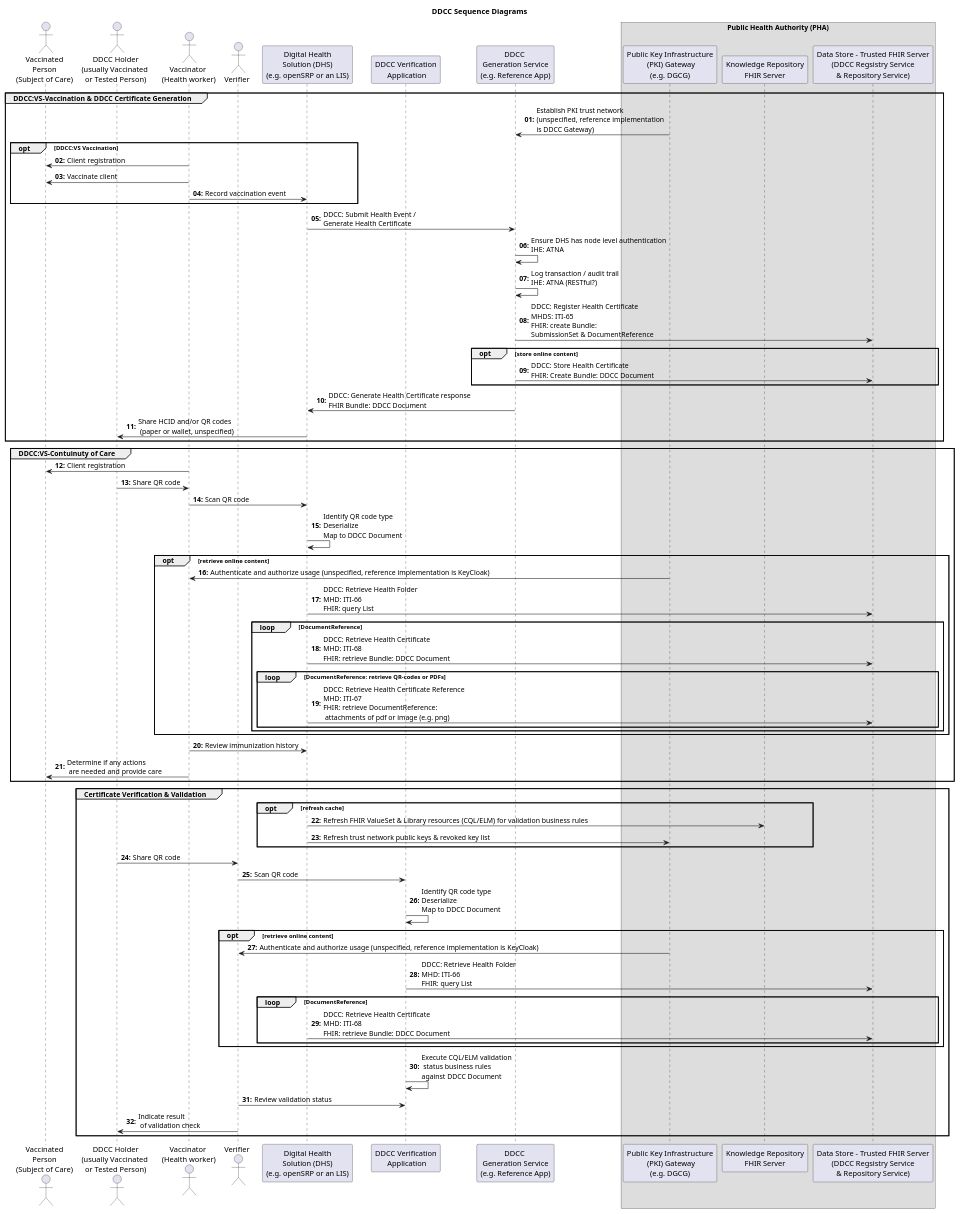
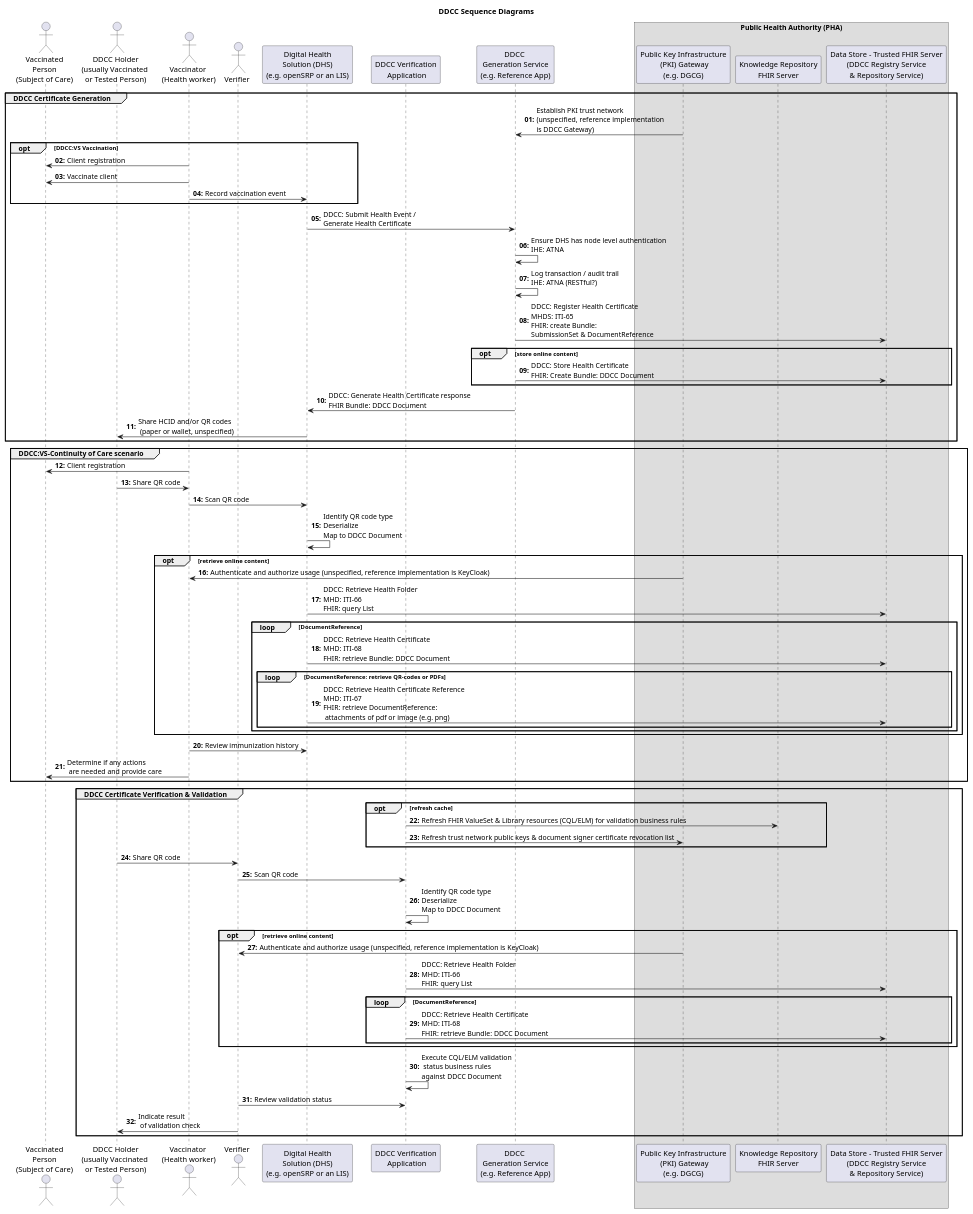
The diagram in input/images-source/workflows.plantuml (WorldHealthOrganization/ddcc), drawn with PlantUML before and after one commit.

Commit message:
Update workflows.plantuml
Copy editing and updated headings. Updated more verification app references and reference to DSC revoked list.

```diff
--- a/input/images-source/workflows.plantuml
+++ b/input/images-source/workflows.plantuml
@@ -1,96 +1,96 @@
 @startuml
 skinparam svgDimensionStyle false
 
 title DDCC Sequence Diagrams
 
 
 
 actor "Vaccinated\nPerson\n(Subject of Care)" as VP
 actor "DDCC Holder\n(usually Vaccinated \nor Tested Person)" as DH
 actor "Vaccinator\n (Health worker)" as HW
 actor "Verifier" as VER
 participant "Digital Health\nSolution (DHS)\n(e.g. openSRP or an LIS)" as DHS
 participant "DDCC Verification\n Application" as VAP
 participant "DDCC \nGeneration Service\n(e.g. Reference App)" as CGS
 
 box "Public Health Authority (PHA)"
 
    participant "Public Key Infrastructure\n (PKI) Gateway\n(e.g. DGCG)" as GATE
    participant "Knowledge Repository\nFHIR Server" as KM
-   participant "Data Store - Trusted FHIR Server\n(DDCC Regsistry Service\n& Repository Service)"  as SHR
+   participant "Data Store - Trusted FHIR Server\n(DDCC Registry Service\n& Repository Service)"  as SHR
 end box
 
 autonumber "<b>00:</b>"
 
-group DDCC:VS-Vaccination & DDCC Certificate Generation
+group DDCC Certificate Generation
     GATE->CGS: Establish PKI trust network\n(unspecified, reference implementation\nis DDCC Gateway)
     
     opt DDCC:VS Vaccination 
    	 HW->VP: Client registration
    	 HW->VP: Vaccinate client
     	HW->DHS: Record vaccination event
     end
     
     DHS->CGS: DDCC: Submit Health Event /\nGenerate Health Certificate
 
     CGS->CGS: Ensure DHS has node level authentication\nIHE: ATNA
     CGS->CGS: Log transaction / audit trail\nIHE: ATNA (RESTful?)
     CGS->SHR: DDCC: Register Health Certificate\nMHDS: ITI-65\nFHIR: create Bundle: \nSubmissionSet & DocumentReference
 
     opt store online content
          CGS->SHR: DDCC: Store Health Certificate\nFHIR: Create Bundle: DDCC Document
     end
 
     CGS->DHS: DDCC: Generate Health Certificate response\nFHIR Bundle: DDCC Document
     DHS->DH: Share HCID and/or QR codes\n (paper or wallet, unspecified)
 end 
 
-group DDCC:VS-Contuinuty of Care
+group DDCC:VS-Continuity of Care scenario
     HW->VP: Client registration
     DH->HW: Share QR code
 
     HW->DHS: Scan QR code
     DHS->DHS: Identify QR code type\nDeserialize\nMap to DDCC Document
     opt  retrieve online content
         GATE->HW: Authenticate and authorize usage (unspecified, reference implementation is KeyCloak)
         DHS->SHR: DDCC: Retrieve Health Folder\nMHD: ITI-66\nFHIR: query List
         loop DocumentReference
            DHS->SHR: DDCC: Retrieve Health Certificate\nMHD: ITI-68\nFHIR: retrieve Bundle: DDCC Document
            loop DocumentReference: retrieve QR-codes or PDFs
                DHS->SHR: DDCC: Retrieve Health Certificate Reference\nMHD: ITI-67\nFHIR: retrieve DocumentReference:\n attachments of pdf or image (e.g. png)
             end
         end
     end
     HW->DHS: Review immunization history
     HW->VP: Determine if any actions\n are needed and provide care
 end
 
-group Certificate Verification & Validation
+group DDCC Certificate Verification & Validation
 
     opt refresh cache
-        DHS->KM: Refresh FHIR ValueSet & Library resources (CQL/ELM) for validation business rules
-	DHS->GATE: Refresh trust network public keys & revoked key list
+        VAP->KM: Refresh FHIR ValueSet & Library resources (CQL/ELM) for validation business rules
+	VAP->GATE: Refresh trust network public keys & document signer certificate revocation list
     end 
 
     DH->VER: Share QR code
     VER->VAP: Scan QR code
     VAP->VAP: Identify QR code type\nDeserialize\nMap to DDCC Document
 
     opt  retrieve online content
         GATE->VER: Authenticate and authorize usage (unspecified, reference implementation is KeyCloak)
 
         VAP->SHR: DDCC: Retrieve Health Folder\nMHD: ITI-66\nFHIR: query List
         loop DocumentReference
-           DHS->SHR: DDCC: Retrieve Health Certificate\nMHD: ITI-68\nFHIR: retrieve Bundle: DDCC Document
+           VAP->SHR: DDCC: Retrieve Health Certificate\nMHD: ITI-68\nFHIR: retrieve Bundle: DDCC Document
         end
     end
 
     VAP->VAP: Execute CQL/ELM validation\n status business rules\nagainst DDCC Document
     VER->VAP: Review validation status
     VER->DH: Indicate result\n of validation check
 end
 
 
 
 
 @enduml
```
